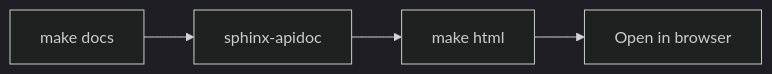
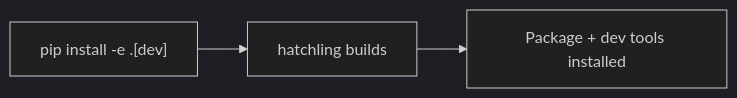
One commit to frankenwino/step_motor_28byj_48 changed the seventh of 7 diagrams in .agents/summary/workflows.md. Above: the diagram before and after it, drawn with Mermaid (dark theme). The commit also changed other lines of this file and 8 other files, not shown here.

````diff
--- a/.agents/summary/workflows.md
+++ b/.agents/summary/workflows.md
@@ -84,6 +99,5 @@
 ```mermaid
 flowchart LR
-    A[make docs] --> B[sphinx-apidoc]
-    B --> C[make html]
-    C --> D[Open in browser]
+    A["pip install -e .[dev]"] --> B[hatchling builds]
+    B --> C[Package + dev tools installed]
 ```
````
